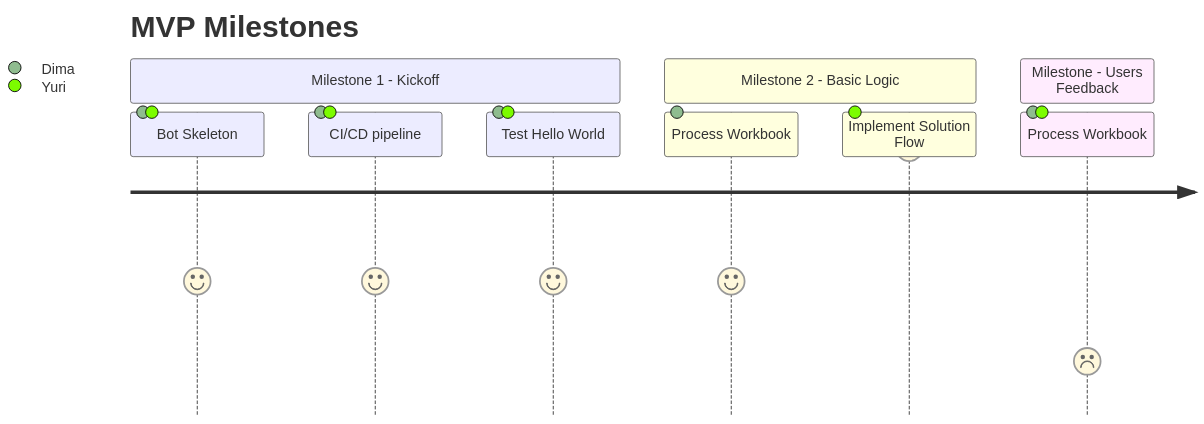
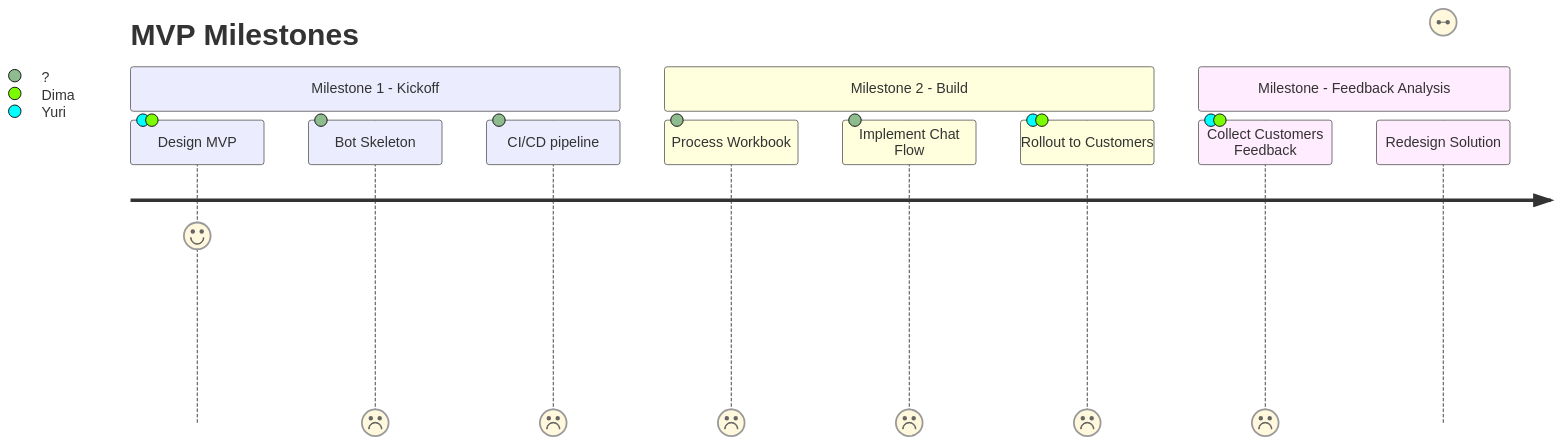
Before and after one commit to dimastatz/plato: the fourth of 4 diagrams in docs/design.md, drawn with Mermaid.

Commit message:
add milestones

````diff
--- a/docs/design.md
+++ b/docs/design.md
@@ -155,13 +155,15 @@
 ```mermaid
 journey
     title MVP Milestones
     section Milestone 1 - Kickoff
-      Bot Skeleton: 5: Dima, Yuri
-      CI/CD pipeline: 5: Dima, Yuri
-      Test Hello World: 5: Dima, Yuri
-    section Milestone 2 - Basic Logic
-      Process Workbook: 5: Dima
-      Implement Solution Flow: 10: Yuri
-    section Milestone  - Users Feedback
-      Process Workbook: 2: Dima, Yuri
+      Design MVP : 7: Yuri, Dima
+      Bot Skeleton: 0: ?
+      CI/CD pipeline: 0: ?
+    section Milestone 2 - Build
+      Process Workbook: 0: ?
+      Implement Chat Flow: 0: ?
+      Rollout to Customers: 0: Yuri, Dima
+    section Milestone  - Feedback Analysis
+      Collect Customers Feedback: 0: Yuri, Dima
+      Redesign Solution: 0, Yuri, Dima
 ```
````
